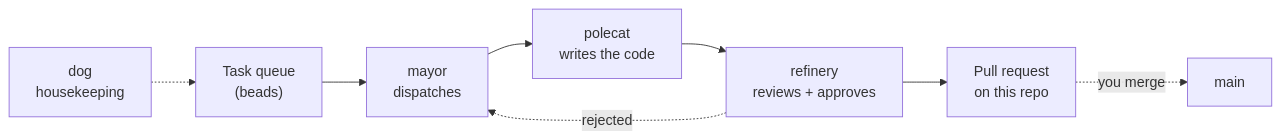
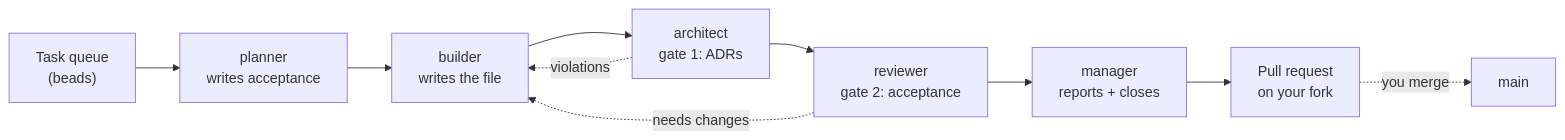
One commit to donkeykong718/actual-factory-demo changed the diagram in README.md. Above: the diagram before and after it, drawn with Mermaid. The commit also changed other lines of this file and 50 other files, not shown here.

````diff
--- a/README.md
+++ b/README.md
@@ -11,10 +21,12 @@
 ```mermaid
 flowchart LR
-    Q["Task queue<br/>(beads)"] --> M["mayor<br/>dispatches"]
-    M --> P["polecat<br/>writes the code"]
-    P --> R["refinery<br/>reviews + approves"]
-    R --> PR["Pull request<br/>on this repo"]
+    Q["Task queue<br/>(beads)"] --> P["planner<br/>writes acceptance"]
+    P --> B["builder<br/>writes the file"]
+    B --> A["architect<br/>gate 1: ADRs"]
+    A --> R["reviewer<br/>gate 2: acceptance"]
+    R --> M["manager<br/>reports + closes"]
+    M --> PR["Pull request<br/>on your fork"]
     PR -.->|you merge| Main["main"]
-    R -.->|rejected| M
-    D["dog<br/>housekeeping"] -.-> Q
+    A -.->|violations| B
+    R -.->|needs changes| B
 ```
````
